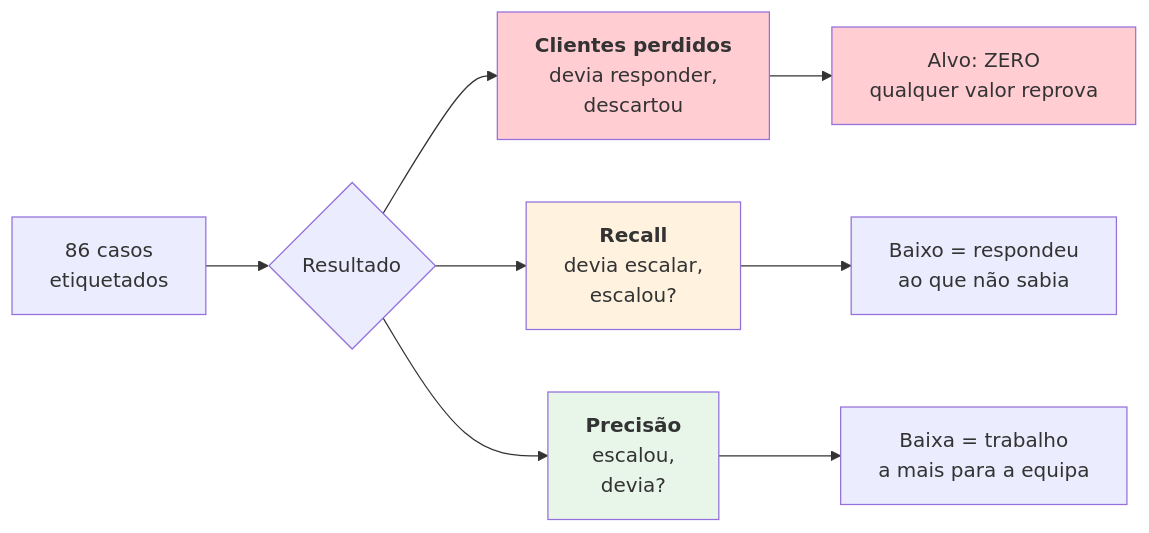
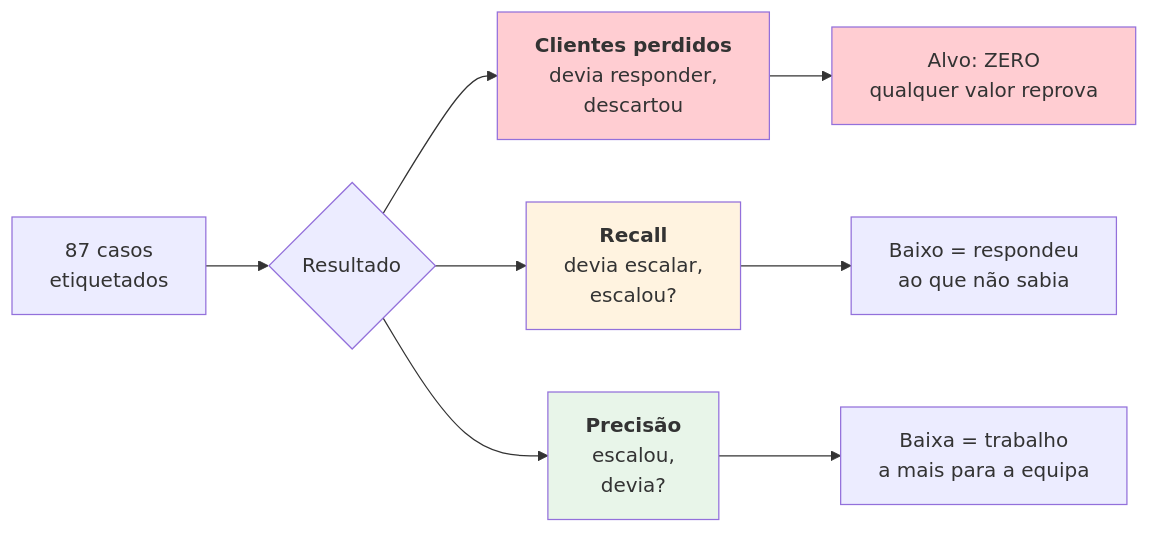
The diagram in docs/01-overview/problem-and-solution.md (joaocarvalhini/Outlook-Reply-Assistant), drawn with Mermaid before and after one commit. The commit also changed 8 other files, not shown here.

````diff
--- a/docs/01-overview/problem-and-solution.md
+++ b/docs/01-overview/problem-and-solution.md
@@ -70,16 +70,16 @@
 ```mermaid
 flowchart LR
-    A["86 casos<br/>etiquetados"] --> B{"Resultado"}
+    A["87 casos<br/>etiquetados"] --> B{"Resultado"}
     B --> C["<b>Clientes perdidos</b><br/>devia responder,<br/>descartou"]
     B --> D["<b>Recall</b><br/>devia escalar,<br/>escalou?"]
     B --> E["<b>Precisão</b><br/>escalou,<br/>devia?"]
 
     C --> F["Alvo: ZERO<br/>qualquer valor reprova"]
     D --> G["Baixo = respondeu<br/>ao que não sabia"]
     E --> H["Baixa = trabalho<br/>a mais para a equipa"]
 
     style C fill:#ffcdd2
     style F fill:#ffcdd2
     style D fill:#fff3e0
     style E fill:#e8f5e9
 ```
````
